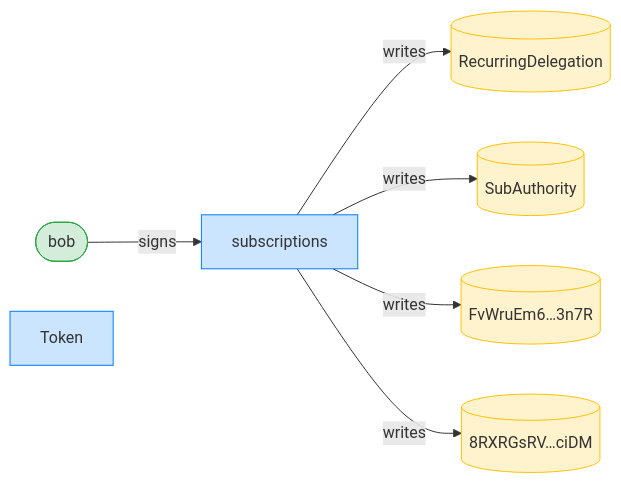
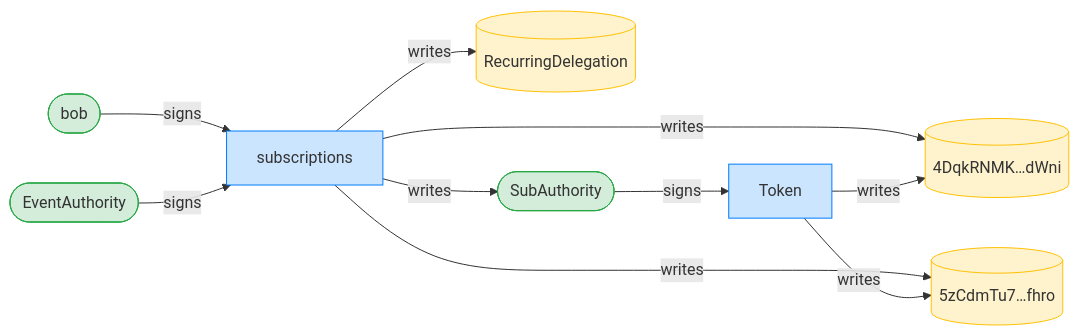
Diagram 11 of 12 in dsl_tests/recurring-transfer-before-the-start-time-is-refused.md (cds-rs/subscriptions), drawn with Mermaid before and after one commit. The commit also changed other lines of this file and 224 other files, not shown here.

````diff
--- a/dsl_tests/recurring-transfer-before-the-start-time-is-refused.md
+++ b/dsl_tests/recurring-transfer-before-the-start-time-is-refused.md
@@ -235,18 +245,23 @@
 ```mermaid
 flowchart LR
     classDef signer fill:#d4edda,stroke:#28a745;
     classDef program fill:#cce5ff,stroke:#007bff;
     classDef writable fill:#fff3cd,stroke:#ffc107;
     subscriptions[subscriptions]:::program
     RecurringDelegation[(RecurringDelegation)]:::writable
-    SubAuthority[(SubAuthority)]:::writable
-    FvWruEm6_3n7R[("FvWruEm6…3n7R")]:::writable
-    8RXRGsRV_ciDM[("8RXRGsRV…ciDM")]:::writable
+    SubAuthority([SubAuthority]):::signer
+    4DqkRNMK_dWni[("4DqkRNMK…dWni")]:::writable
+    5zCdmTu7_fhro[("5zCdmTu7…fhro")]:::writable
     bob([bob]):::signer
     Token[Token]:::program
+    EventAuthority([EventAuthority]):::signer
     bob -->|signs| subscriptions
+    SubAuthority -->|signs| Token
+    EventAuthority -->|signs| subscriptions
     subscriptions -->|writes| RecurringDelegation
     subscriptions -->|writes| SubAuthority
-    subscriptions -->|writes| FvWruEm6_3n7R
-    subscriptions -->|writes| 8RXRGsRV_ciDM
+    subscriptions -->|writes| 4DqkRNMK_dWni
+    subscriptions -->|writes| 5zCdmTu7_fhro
+    Token -->|writes| 4DqkRNMK_dWni
+    Token -->|writes| 5zCdmTu7_fhro
 ```
````
